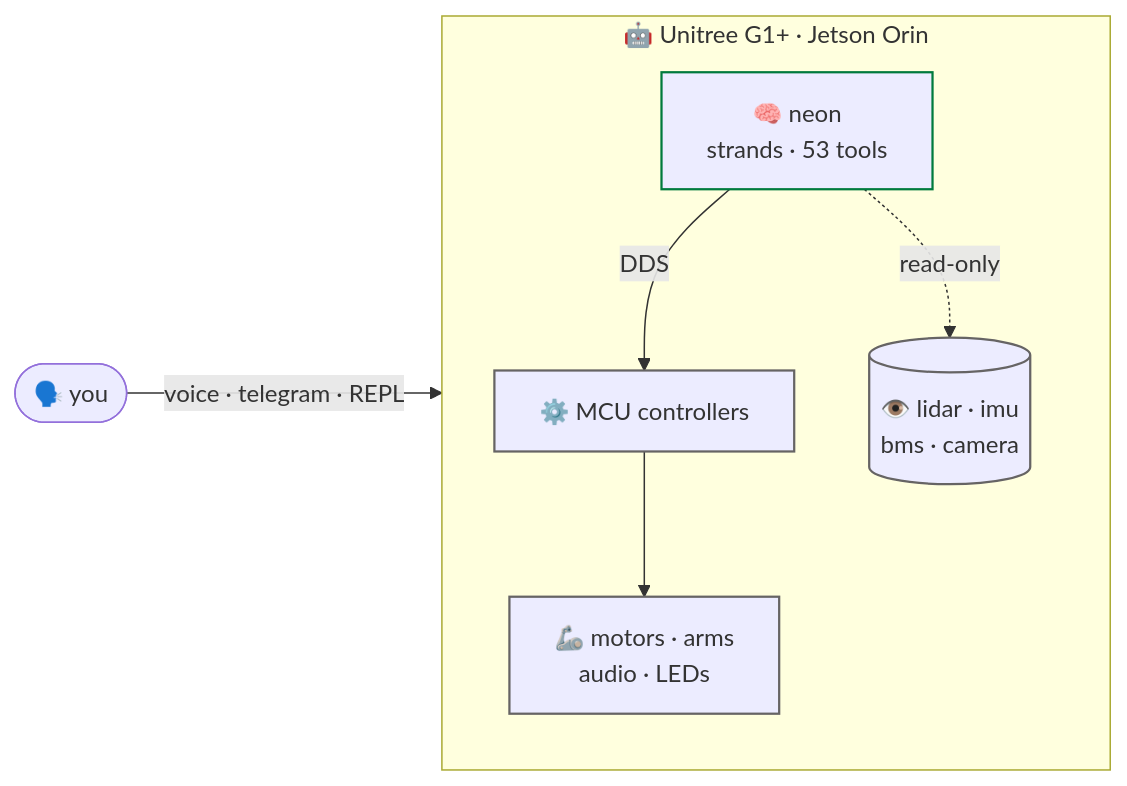
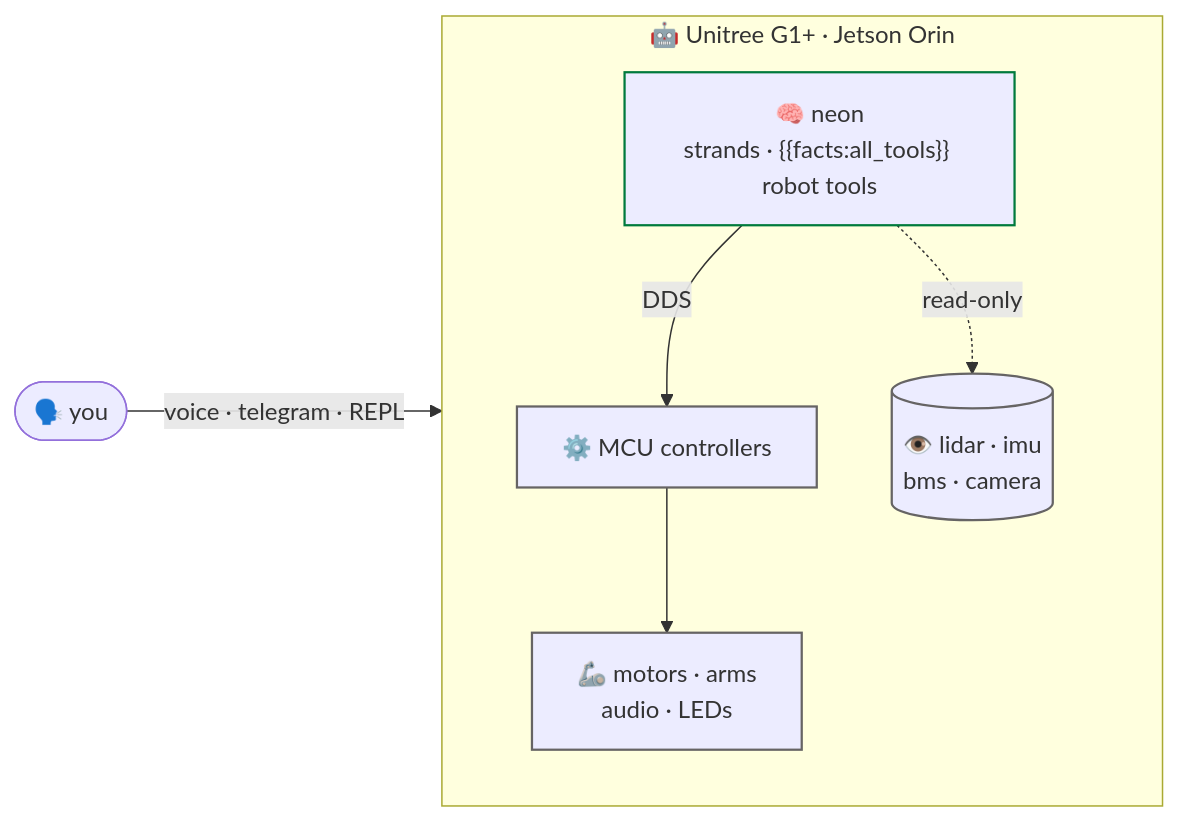
Before and after one commit to cagataycali/neon-the-g1: the diagram in docs/index.md, drawn with Mermaid. The commit also changed other lines of this file and 11 other files, not shown here.

````diff
--- a/docs/index.md
+++ b/docs/index.md
@@ -72,19 +72,19 @@
 ```mermaid
 flowchart LR
   U(["🗣️ you"]) -->|"voice · telegram · REPL"| A
 
   subgraph G1["🤖 Unitree G1+ · Jetson Orin"]
     direction TB
-    A["🧠 neon<br/>strands · 53 tools"]
+    A["🧠 neon<br/>strands · {{facts:all_tools}} robot tools"]
     C["⚙️ MCU controllers"]
     M["🦾 motors · arms<br/>audio · LEDs"]
     S[("👁️ lidar · imu<br/>bms · camera")]
     A -->|"DDS"| C --> M
     A -.->|"read-only"| S
   end
 
   classDef brain stroke:#007a3d,stroke-width:1.5px
   classDef io stroke:#666464,stroke-width:1.5px
   class A brain
   class C,M,S io
 ```
````
